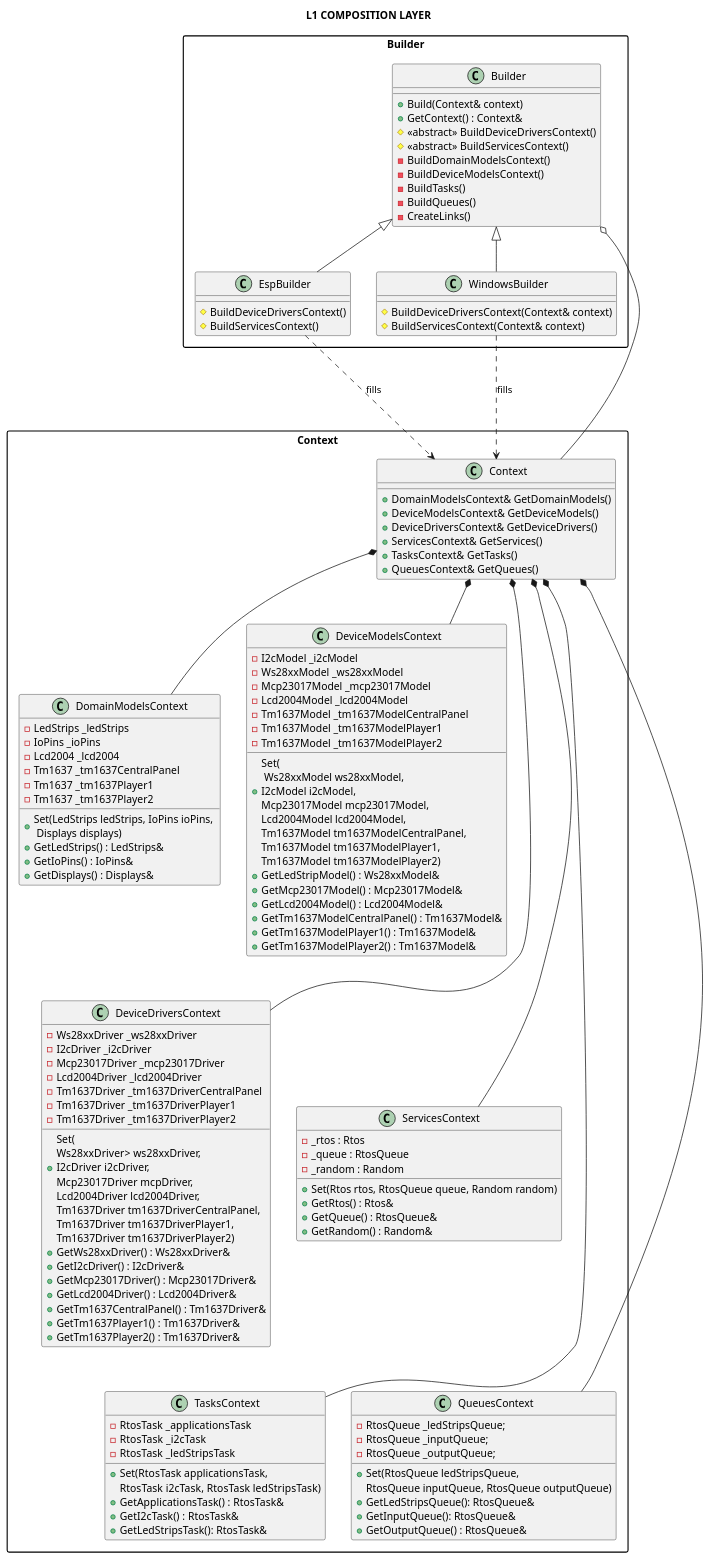
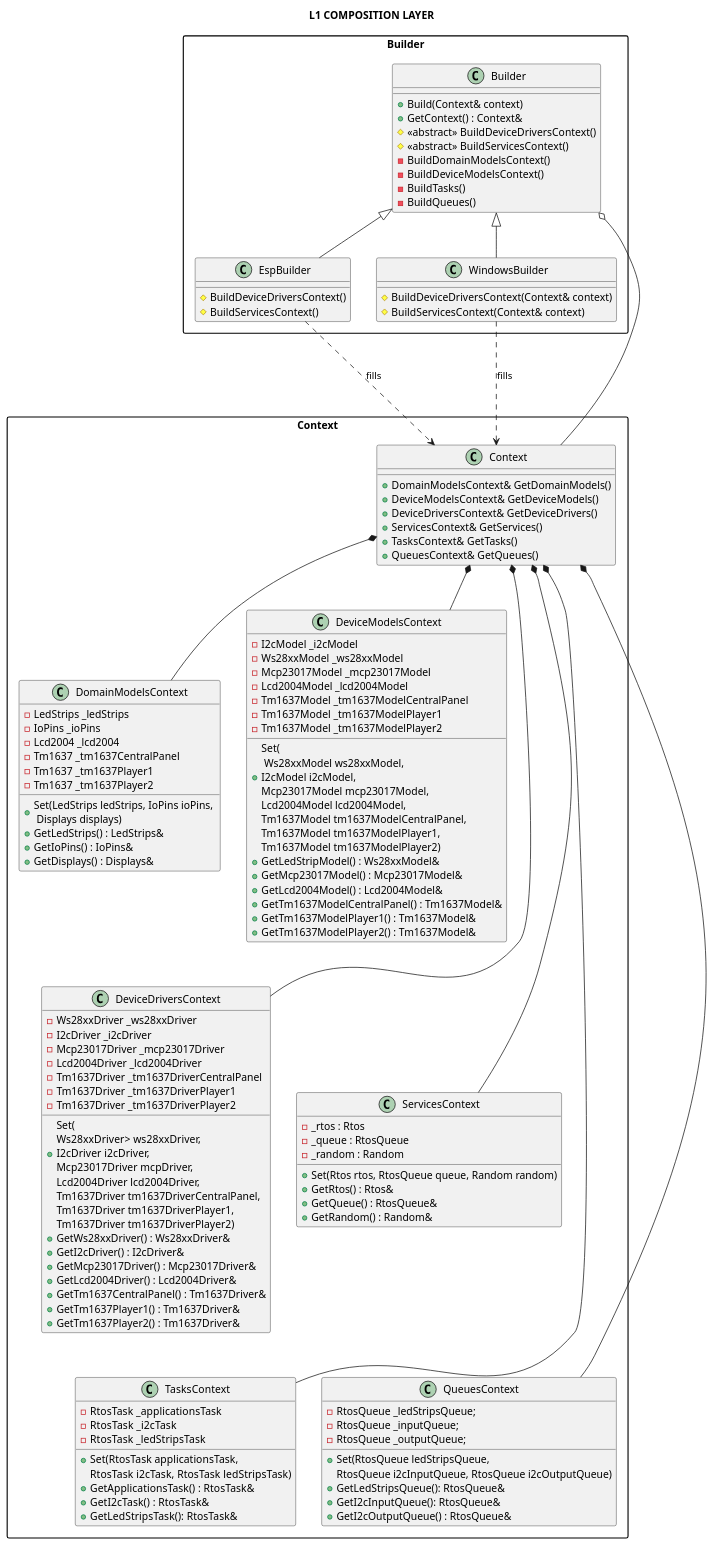
One commit to michelkeijzers/fraxis changed the diagram in Docs/Software Design/Layers/L1_composition_layer.puml. Above: the diagram before and after it, drawn with PlantUML. The commit also changed 39 other files, not shown here.

```diff
--- a/Docs/Software Design/Layers/L1_composition_layer.puml
+++ b/Docs/Software Design/Layers/L1_composition_layer.puml
@@ -1,153 +1,152 @@
 @startuml
 
 title L1 COMPOSITION LAYER
 
 skinparam packageStyle rectangle
 skinparam lineThickness 2
 
 package "Builder" as Builder_Package
 {
     class Builder
     {
         + Build(Context& context)
         + GetContext() : Context&
         # <<abstract>> BuildDeviceDriversContext()
         # <<abstract>> BuildServicesContext() 
         - BuildDomainModelsContext()
         - BuildDeviceModelsContext()
         - BuildTasks()
         - BuildQueues()
-        - CreateLinks()
     }
 
     class EspBuilder
     {
         # BuildDeviceDriversContext()
         # BuildServicesContext() 
     }
     EspBuilder -u-|> Builder
 
     class WindowsBuilder
     {
         # BuildDeviceDriversContext(Context& context)
         # BuildServicesContext(Context& context) 
     }
     WindowsBuilder -u-|> Builder
 }
 
 package "Context" as ContextPackage
 {
     class Context 
     {
         + DomainModelsContext& GetDomainModels()
         + DeviceModelsContext& GetDeviceModels()
         + DeviceDriversContext& GetDeviceDrivers() 
         + ServicesContext& GetServices() 
         + TasksContext& GetTasks()
         + QueuesContext& GetQueues()
     }
 
     class DomainModelsContext
     {
         + Set(LedStrips ledStrips, IoPins ioPins, \n Displays displays)
         + GetLedStrips() : LedStrips& 
         + GetIoPins() : IoPins& 
         + GetDisplays() : Displays& 
 
         - LedStrips _ledStrips
         - IoPins _ioPins
         - Lcd2004 _lcd2004
         - Tm1637 _tm1637CentralPanel
         - Tm1637 _tm1637Player1
         - Tm1637 _tm1637Player2
     }
 
     class DeviceModelsContext
     {
         + Set(\n Ws28xxModel ws28xxModel,\nI2cModel i2cModel,\nMcp23017Model mcp23017Model,\nLcd2004Model lcd2004Model,
             Tm1637Model tm1637ModelCentralPanel,\nTm1637Model tm1637ModelPlayer1,\nTm1637Model tm1637ModelPlayer2)
         + GetLedStripModel() : Ws28xxModel& 
         + GetMcp23017Model() : Mcp23017Model& 
         + GetLcd2004Model() : Lcd2004Model& 
         + GetTm1637ModelCentralPanel() : Tm1637Model& 
         + GetTm1637ModelPlayer1() : Tm1637Model& 
         + GetTm1637ModelPlayer2() : Tm1637Model& 
         - I2cModel _i2cModel
         - Ws28xxModel _ws28xxModel
         - Mcp23017Model _mcp23017Model
         - Lcd2004Model _lcd2004Model
         - Tm1637Model _tm1637ModelCentralPanel
         - Tm1637Model _tm1637ModelPlayer1
         - Tm1637Model _tm1637ModelPlayer2
     }
     
     class DeviceDriversContext
     {
 
         + Set(\nWs28xxDriver> ws28xxDriver,\nI2cDriver i2cDriver,\nMcp23017Driver mcpDriver,\nLcd2004Driver lcd2004Driver,
             Tm1637Driver tm1637DriverCentralPanel,\nTm1637Driver tm1637DriverPlayer1,\nTm1637Driver tm1637DriverPlayer2)
         + GetWs28xxDriver() : Ws28xxDriver& 
         + GetI2cDriver() : I2cDriver& 
         + GetMcp23017Driver() : Mcp23017Driver& 
         + GetLcd2004Driver() : Lcd2004Driver& 
         + GetTm1637CentralPanel() : Tm1637Driver& 
         + GetTm1637Player1() : Tm1637Driver& 
         + GetTm1637Player2() : Tm1637Driver& 
 
         - Ws28xxDriver _ws28xxDriver
         - I2cDriver _i2cDriver
         - Mcp23017Driver _mcp23017Driver
         - Lcd2004Driver _lcd2004Driver
         - Tm1637Driver _tm1637DriverCentralPanel
         - Tm1637Driver _tm1637DriverPlayer1
         - Tm1637Driver _tm1637DriverPlayer2
     }
 
     class ServicesContext
     {
         + Set(Rtos rtos, RtosQueue queue, Random random)
         + GetRtos() : Rtos& 
         + GetQueue() : RtosQueue& 
         + GetRandom() : Random& 
         - _rtos : Rtos 
         - _queue : RtosQueue 
         - _random : Random 
     }
 
     class TasksContext
     {
         + Set(RtosTask applicationsTask, 
             RtosTask i2cTask, RtosTask ledStripsTask)
         + GetApplicationsTask() : RtosTask& 
         + GetI2cTask() : RtosTask& 
         + GetLedStripsTask(): RtosTask& 
         - RtosTask _applicationsTask
         - RtosTask _i2cTask
         - RtosTask _ledStripsTask
     }
 
     class QueuesContext
     {
         + Set(RtosQueue ledStripsQueue, 
-            RtosQueue inputQueue, RtosQueue outputQueue)
+            RtosQueue i2cInputQueue, RtosQueue i2cOutputQueue)
         + GetLedStripsQueue(): RtosQueue& 
-        + GetInputQueue(): RtosQueue& 
-        + GetOutputQueue() : RtosQueue& 
+        + GetI2cInputQueue(): RtosQueue& 
+        + GetI2cOutputQueue() : RtosQueue& 
         - RtosQueue _ledStripsQueue;
         - RtosQueue _inputQueue;
         - RtosQueue _outputQueue;
     }
 
     Context *-- DomainModelsContext
     Context *-- DeviceModelsContext
     Context *--- DeviceDriversContext
     Context *--- ServicesContext
     Context *---- TasksContext
     Context *---- QueuesContext
 }
 
 Builder o-- Context
 EspBuilder ..-> Context : fills
 WindowsBuilder ..-> Context : fills
 
 @enduml
```
